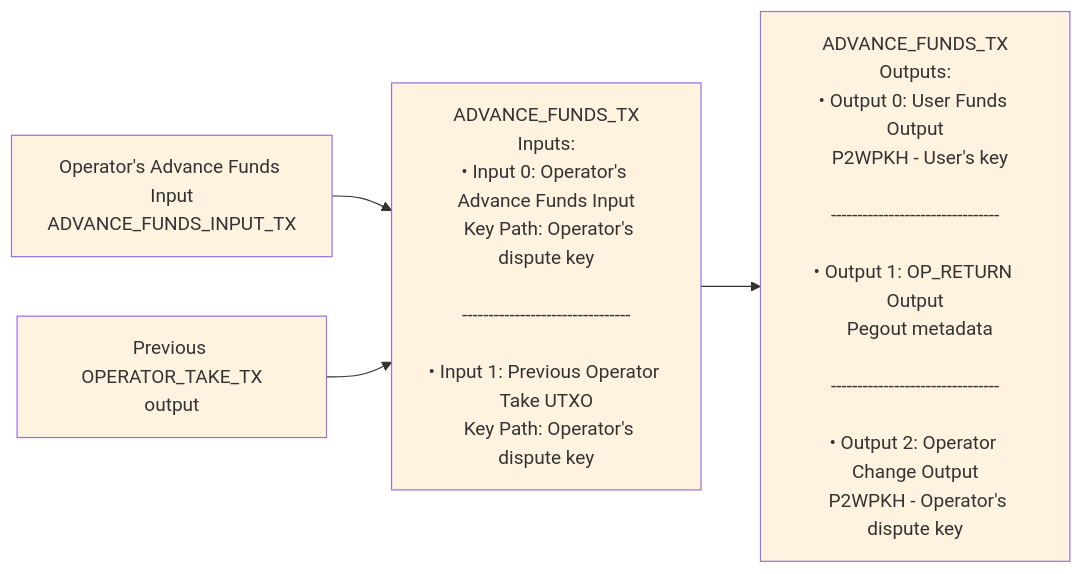
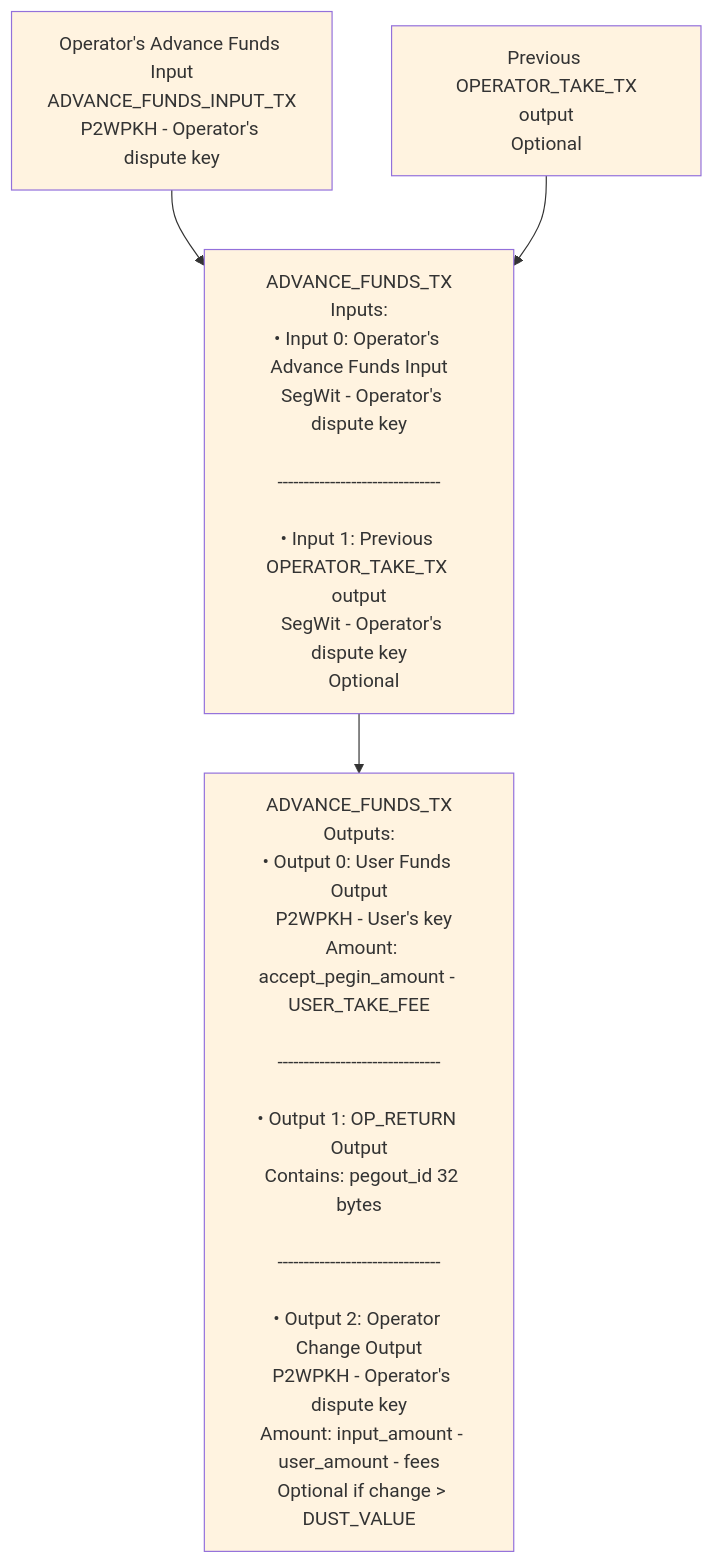
One commit to rsksmart/union-bridge-contracts changed diagram 14 of 14 in bitcoin-transactions.md. Above: the diagram before and after it, drawn with Mermaid. The commit also changed other lines of this file and 1 other file, not shown here.

````diff
--- a/bitcoin-transactions.md
+++ b/bitcoin-transactions.md
@@ -585,11 +772,11 @@
 ```mermaid
-graph LR
-    A[Operator's Advance Funds Input<br/>ADVANCE_FUNDS_INPUT_TX] --> B[ADVANCE_FUNDS_TX<br/>Inputs:<br/>• Input 0: Operator's Advance Funds Input<br/>  Key Path: Operator's dispute key<br/><br/>--------------------------------<br/><br/>• Input 1: Previous Operator Take UTXO<br/>  Key Path: Operator's dispute key]
-    C[Previous OPERATOR_TAKE_TX<br/>output] --> B
-    B --> D[ADVANCE_FUNDS_TX<br/>Outputs:<br/>• Output 0: User Funds Output<br/>  P2WPKH - User's key<br/><br/>--------------------------------<br/><br/>• Output 1: OP_RETURN Output<br/>  Pegout metadata<br/><br/>--------------------------------<br/><br/>• Output 2: Operator Change Output<br/>  P2WPKH - Operator's dispute key]
+graph TD
+    A[Operator's Advance Funds Input<br/>ADVANCE_FUNDS_INPUT_TX<br/>P2WPKH - Operator's dispute key] --> B[ADVANCE_FUNDS_TX<br/>Inputs:<br/>• Input 0: Operator's Advance Funds Input<br/>  SegWit - Operator's dispute key<br/><br/>-------------------------------<br/><br/>• Input 1: Previous OPERATOR_TAKE_TX output<br/>  SegWit - Operator's dispute key<br/>  Optional]
+    C[Previous OPERATOR_TAKE_TX<br/>output<br/>Optional] --> B
+    B --> D[ADVANCE_FUNDS_TX<br/>Outputs:<br/>• Output 0: User Funds Output<br/>  P2WPKH - User's key<br/>  Amount: accept_pegin_amount - USER_TAKE_FEE<br/><br/>-------------------------------<br/><br/>• Output 1: OP_RETURN Output<br/>  Contains: pegout_id 32 bytes<br/><br/>-------------------------------<br/><br/>• Output 2: Operator Change Output<br/>  P2WPKH - Operator's dispute key<br/>  Amount: input_amount - user_amount - fees<br/>  Optional if change > DUST_VALUE]
     
     style A fill:#fff3e0
     style B fill:#fff3e0
     style C fill:#fff3e0
     style D fill:#fff3e0
 ```
````
